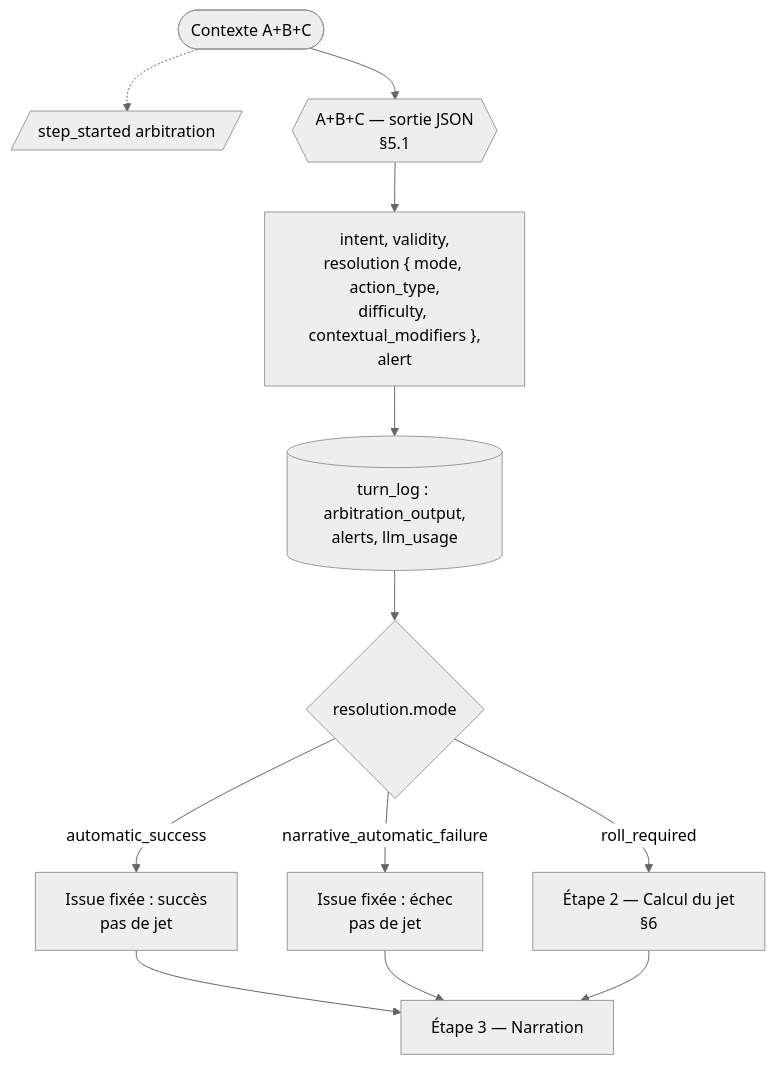
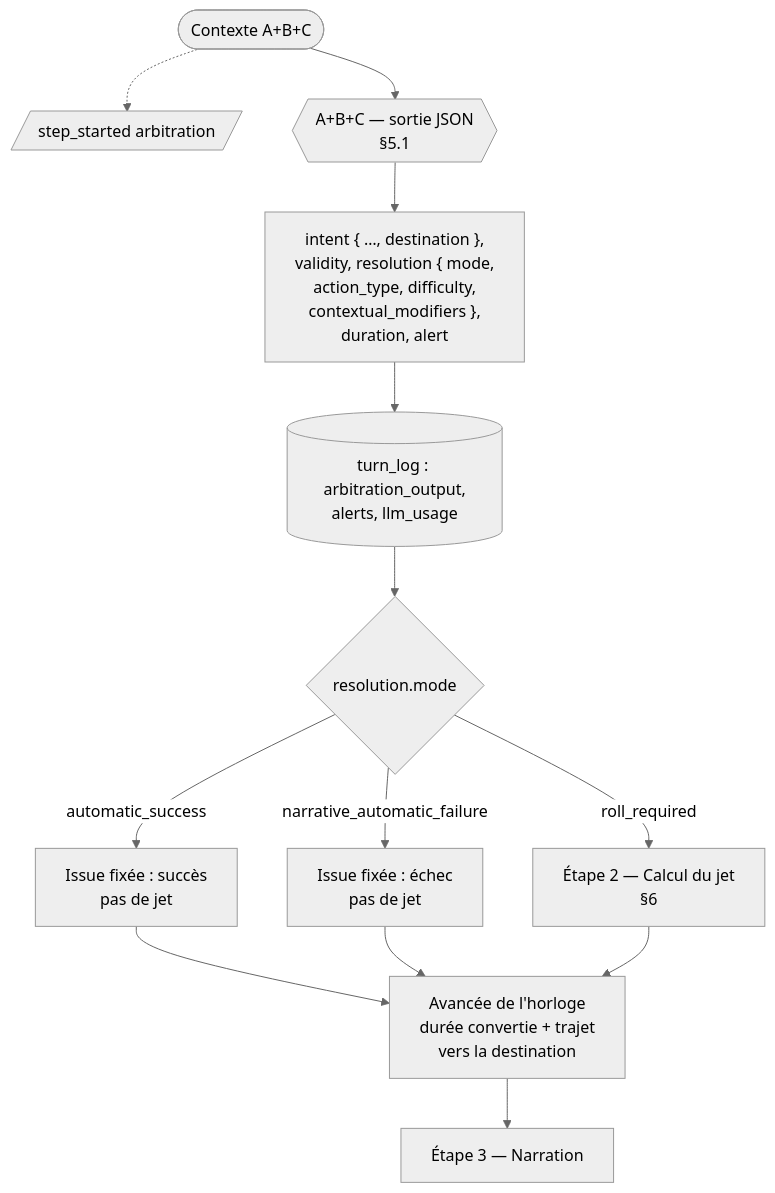
The sixth of 14 diagrams in doc/flux-backend-tour-de-jeu-mj-virtuel.md (cyrilpointet/wanderlore), drawn with Mermaid (neutral theme) before and after one commit. The commit also changed other lines of this file and 6 other files, not shown here.

````diff
--- a/doc/flux-backend-tour-de-jeu-mj-virtuel.md
+++ b/doc/flux-backend-tour-de-jeu-mj-virtuel.md
@@ -205,14 +205,15 @@
 ```mermaid
 flowchart TD
     A([Contexte A+B+C]) -.-> SSE[/step_started arbitration/]
     A --> B{{A+B+C — sortie JSON<br/>§5.1}}
-    B --> C["intent, validity,<br/>resolution { mode, action_type,<br/>difficulty, contextual_modifiers },<br/>alert"]
+    B --> C["intent { …, destination },<br/>validity, resolution { mode,<br/>action_type, difficulty,<br/>contextual_modifiers },<br/>duration, alert"]
     C --> D[(turn_log : arbitration_output,<br/>alerts, llm_usage)]
     D --> E{resolution.mode}
     E -->|automatic_success| N[Issue fixée : succès<br/>pas de jet]
     E -->|narrative_automatic_failure| M[Issue fixée : échec<br/>pas de jet]
     E -->|roll_required| R[Étape 2 — Calcul du jet<br/>§6]
-    N --> D2[Étape 3 — Narration]
-    M --> D2
-    R --> D2
+    N --> H[Avancée de l'horloge<br/>durée convertie + trajet<br/>vers la destination]
+    M --> H
+    R --> H
+    H --> D2[Étape 3 — Narration]
 ```
````
